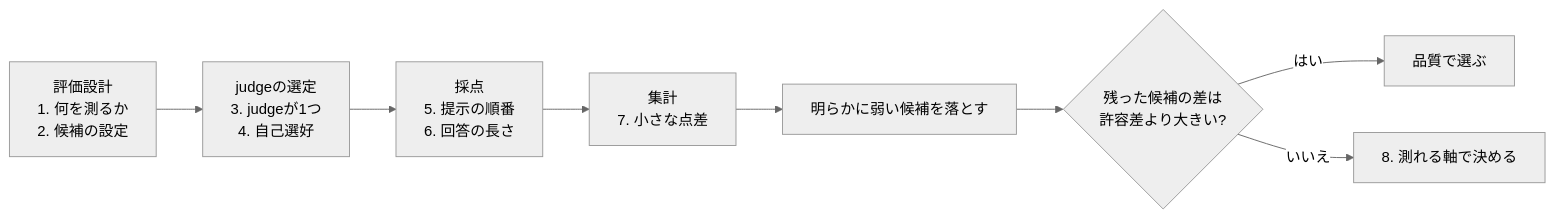
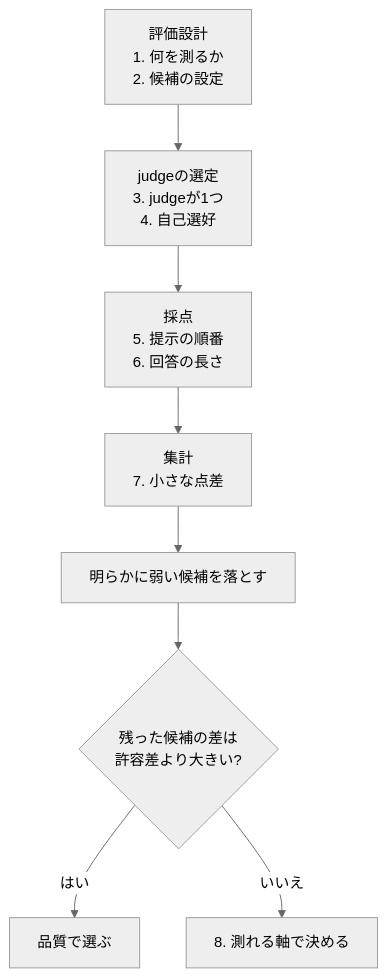
Before and after one commit to yuya0408/zenn-content: the first of 2 diagrams in articles/llm-as-judge-cutoff-not-ranking.md, drawn with Mermaid (neutral theme).

Commit message:
llm-as-judge-cutoff-not-ranking: make the opening diagram top-down

````diff
--- a/articles/llm-as-judge-cutoff-not-ranking.md
+++ b/articles/llm-as-judge-cutoff-not-ranking.md
@@ -13,10 +13,10 @@
 ```mermaid
-flowchart LR
+flowchart TD
     D[評価設計<br/>1. 何を測るか<br/>2. 候補の設定] --> J[judgeの選定<br/>3. judgeが1つ<br/>4. 自己選好]
     J --> S[採点<br/>5. 提示の順番<br/>6. 回答の長さ]
     S --> A[集計<br/>7. 小さな点差]
     A --> C[明らかに弱い候補を落とす]
     C --> X{残った候補の差は<br/>許容差より大きい?}
     X -->|はい| W[品質で選ぶ]
     X -->|いいえ| M[8. 測れる軸で決める]
 ```
````
